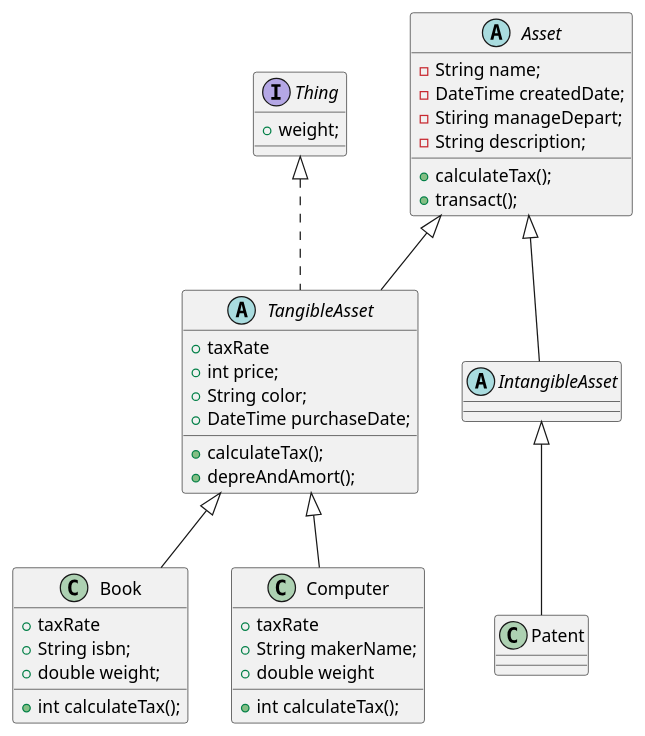
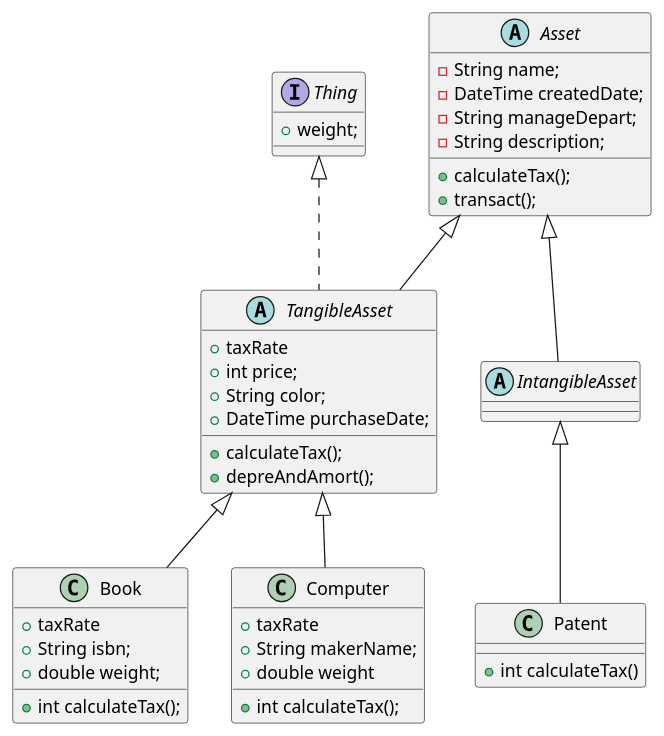
One commit to okstring/modu-3-dart-study changed the diagram in lib/2025-03-19/daily_uml.puml. Above: the diagram before and after it, drawn with PlantUML.

Commit message:
write: UML 오타 수정

```diff
--- a/lib/2025-03-19/daily_uml.puml
+++ b/lib/2025-03-19/daily_uml.puml
@@ -1,44 +1,46 @@
 @startuml
 
 abstract class Asset {
   - String name;
   - DateTime createdDate;
-  - Stiring manageDepart;
+  - String manageDepart;
   - String description;
   + calculateTax();
   + transact();
 }
 
 interface Thing {
   + weight;
 }
 
-abstract TangibleAsset extends Asset implements Thing {
+abstract class TangibleAsset extends Asset implements Thing {
   + taxRate
   + int price;
   + String color;
   + DateTime purchaseDate;
   + calculateTax();
   + depreAndAmort();
 }
 
 class Book extends TangibleAsset {
   + taxRate
   + String isbn;
   + double weight;
   + int calculateTax();
 }
 
 class Computer extends TangibleAsset {
   + taxRate
   + String makerName;
   + double weight
 
   + int calculateTax();
 }
 
 abstract class IntangibleAsset extends Asset { }
 
-class Patent extends IntangibleAsset { }
+class Patent extends IntangibleAsset {
+  + int calculateTax()
+ }
 
 @enduml
```
